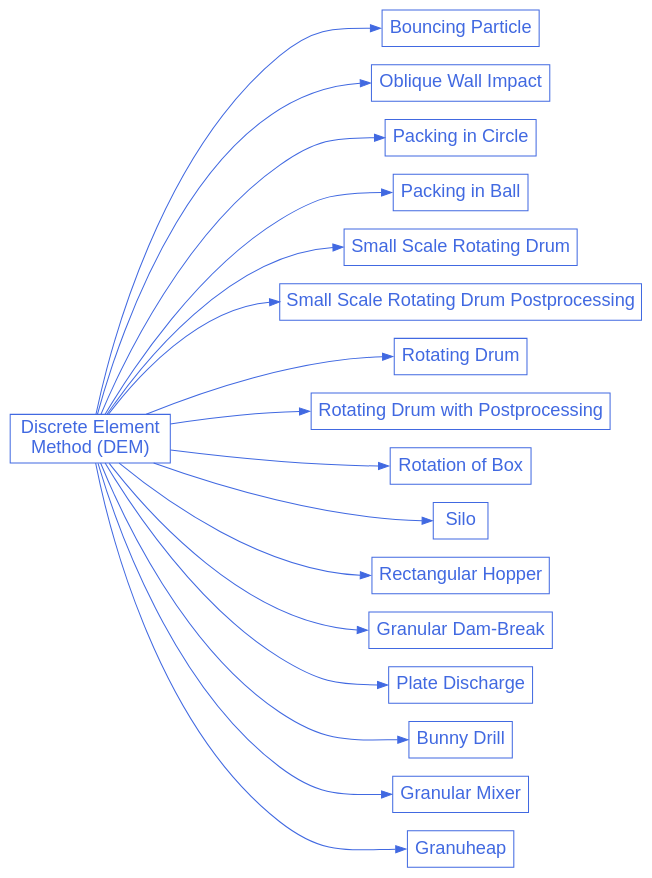
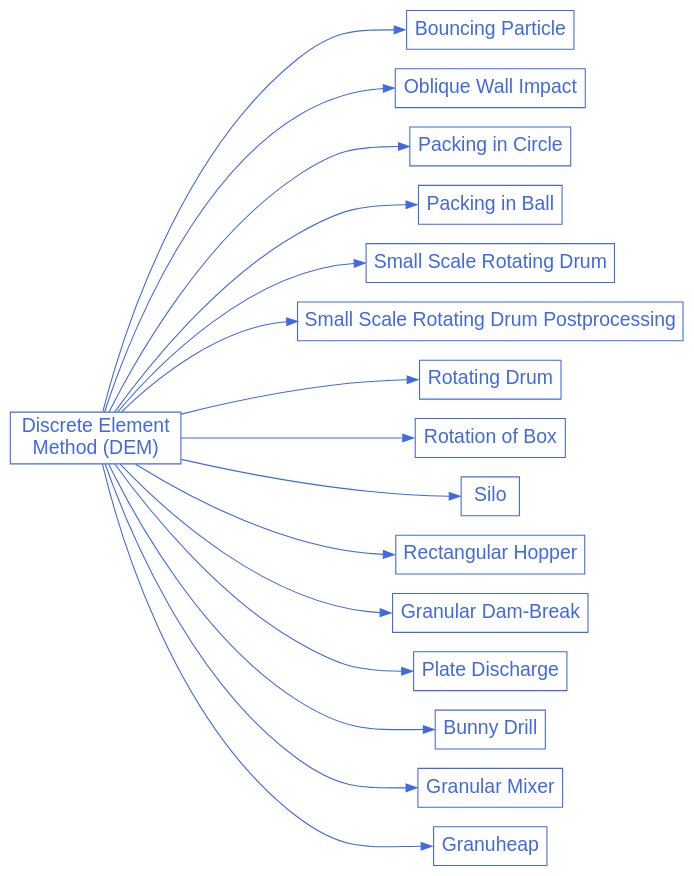
The diagram in doc/source/examples/dem/dem.rst (chaos-polymtl/lethe), drawn with Graphviz before and after one commit. The commit also changed other lines of this file and 3 other files, not shown here.

```diff
--- a/doc/source/examples/dem/dem.rst
+++ b/doc/source/examples/dem/dem.rst
@@ -29,60 +28,57 @@
 .. graphviz:: 
 
     digraph dem_diagram {
       graph [bgcolor="transparent", align=true, ranksep=1.5];
       node [fontname=Arial, fontsize=18, shape=box, fontcolor=royalblue, color=royalblue];
       edge [color=royalblue];
       rankdir="LR";
       size = "9,9";
       
       dem [label="Discrete Element \nMethod (DEM)", href="https://chaos-polymtl.github.io/lethe/documentation/examples/dem/dem.html"];
 
       dem_1 [label="Bouncing Particle", href="https://chaos-polymtl.github.io/lethe/documentation/examples/dem/bouncing-particle/bouncing-particle.html"];
 
       dem_2 [label="Oblique Wall Impact", href="https://chaos-polymtl.github.io/lethe/documentation/examples/dem/oblique-wall-impact/oblique-wall-impact.html"];
 
       dem_3 [label="Packing in Circle", href="https://chaos-polymtl.github.io/lethe/documentation/examples/dem/packing-in-circle/packing-in-circle.html"];
 
       dem_4 [label="Packing in Ball", href="https://chaos-polymtl.github.io/lethe/documentation/examples/dem/packing-in-ball/packing-in-ball.html"];
 
       dem_5 [label="Small Scale Rotating Drum", href="https://chaos-polymtl.github.io/lethe/documentation/examples/dem/small-scale-rotating-drum/small-scale-rotating-drum.html"];
     
       dem_6 [label="Small Scale Rotating Drum Postprocessing", href="https://chaos-polymtl.github.io/lethe/documentation/examples/dem/small-scale-rotating-drum-postprocessing/small-scale-rotating-drum-postprocessing.html"];
 
       dem_7 [label="Rotating Drum", href="https://chaos-polymtl.github.io/lethe/documentation/examples/dem/rotating-drum/rotating-drum.html"];
 
-      dem_8 [label="Rotating Drum with Postprocessing", href="https://chaos-polymtl.github.io/lethe/documentation/examples/dem/rotating-drum-with-postprocessing/rotating-drum-with-postprocessing.html"];
+      dem_8 [label="Rotation of Box", href="https://chaos-polymtl.github.io/lethe/documentation/examples/dem/rotation-of-box/rotation-of-box.html"];
 
-      dem_9 [label="Rotation of Box", href="https://chaos-polymtl.github.io/lethe/documentation/examples/dem/rotation-of-box/rotation-of-box.html"];
+      dem_9 [label="Silo", href="https://chaos-polymtl.github.io/lethe/documentation/examples/dem/silo/silo.html"]; 
 
-      dem_10 [label="Silo", href="https://chaos-polymtl.github.io/lethe/documentation/examples/dem/silo/silo.html"]; 
+      dem_10 [label="Rectangular Hopper", href="https://chaos-polymtl.github.io/lethe/documentation/examples/dem/rectangular-hopper/rectangular-hopper.html"];
 
-      dem_11 [label="Rectangular Hopper", href="https://chaos-polymtl.github.io/lethe/documentation/examples/dem/rectangular-hopper/rectangular-hopper.html"];
+      dem_11 [label="Granular Dam-Break", href="https://chaos-polymtl.github.io/lethe/documentation/examples/dem/granular-dam-break/granular-dam-break.html"];
 
-      dem_12 [label="Granular Dam-Break", href="https://chaos-polymtl.github.io/lethe/documentation/examples/dem/granular-dam-break/granular-dam-break.html"];
+      dem_12 [label="Plate Discharge", href="https://chaos-polymtl.github.io/lethe/documentation/examples/dem/plate-discharge/plate-discharge.html"];
 
-      dem_13 [label="Plate Discharge", href="https://chaos-polymtl.github.io/lethe/documentation/examples/dem/plate-discharge/plate-discharge.html"];
+      dem_13 [label="Bunny Drill", href="https://chaos-polymtl.github.io/lethe/documentation/examples/dem/bunny-drill/bunny-drill.html"];
 
-      dem_14 [label="Bunny Drill", href="https://chaos-polymtl.github.io/lethe/documentation/examples/dem/bunny-drill/bunny-drill.html"];
+      dem_14 [label="Granular Mixer", href="https://chaos-polymtl.github.io/lethe/documentation/examples/dem/granular-mixer/granular-mixer.html"];
 
-      dem_15 [label="Granular Mixer", href="https://chaos-polymtl.github.io/lethe/documentation/examples/dem/granular-mixer/granular-mixer.html"];
-
-      dem_16 [label="Granuheap", href="https://chaos-polymtl.github.io/lethe/documentation/examples/dem/granuheap/granuheap.html"];
+      dem_15 [label="Granuheap", href="https://chaos-polymtl.github.io/lethe/documentation/examples/dem/granuheap/granuheap.html"];
 
       dem -> dem_1:w;
       dem -> dem_2:w;
       dem -> dem_3:w;
       dem -> dem_4:w;
       dem -> dem_5:w;
       dem -> dem_6:w;
       dem -> dem_7:w;
       dem -> dem_8:w;
       dem -> dem_9:w;
       dem -> dem_10:w;
       dem -> dem_11:w;
       dem -> dem_12:w;
       dem -> dem_13:w;
       dem -> dem_14:w;
       dem -> dem_15:w;
-      dem -> dem_16:w;
     }
```
